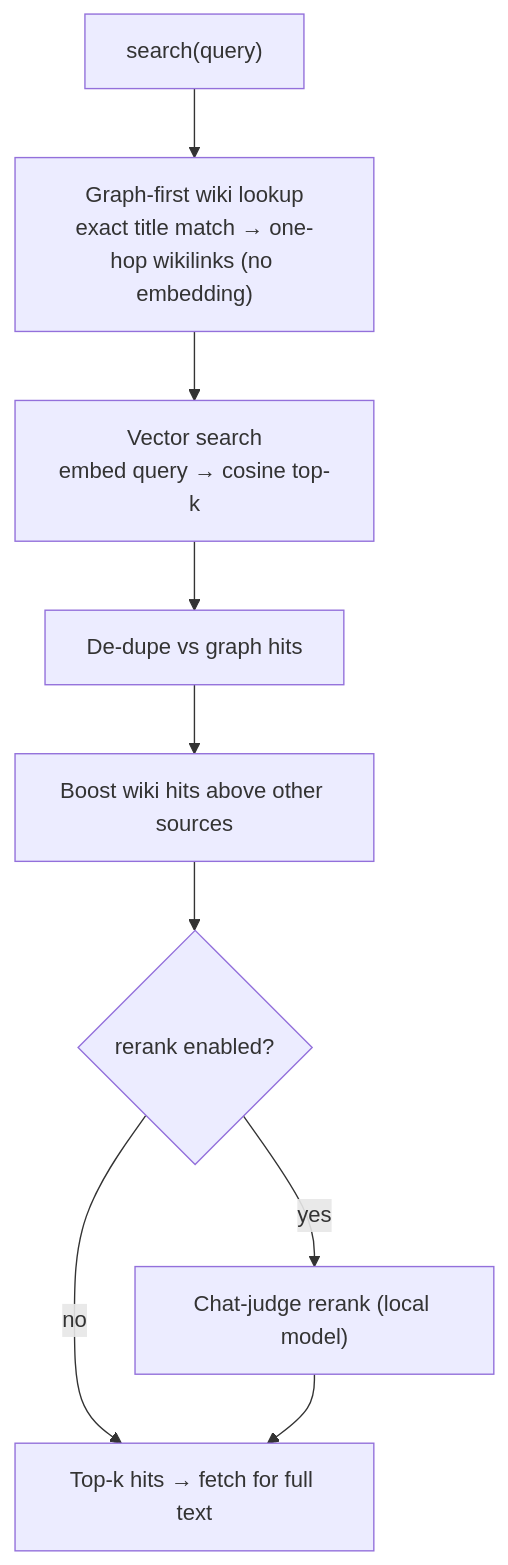
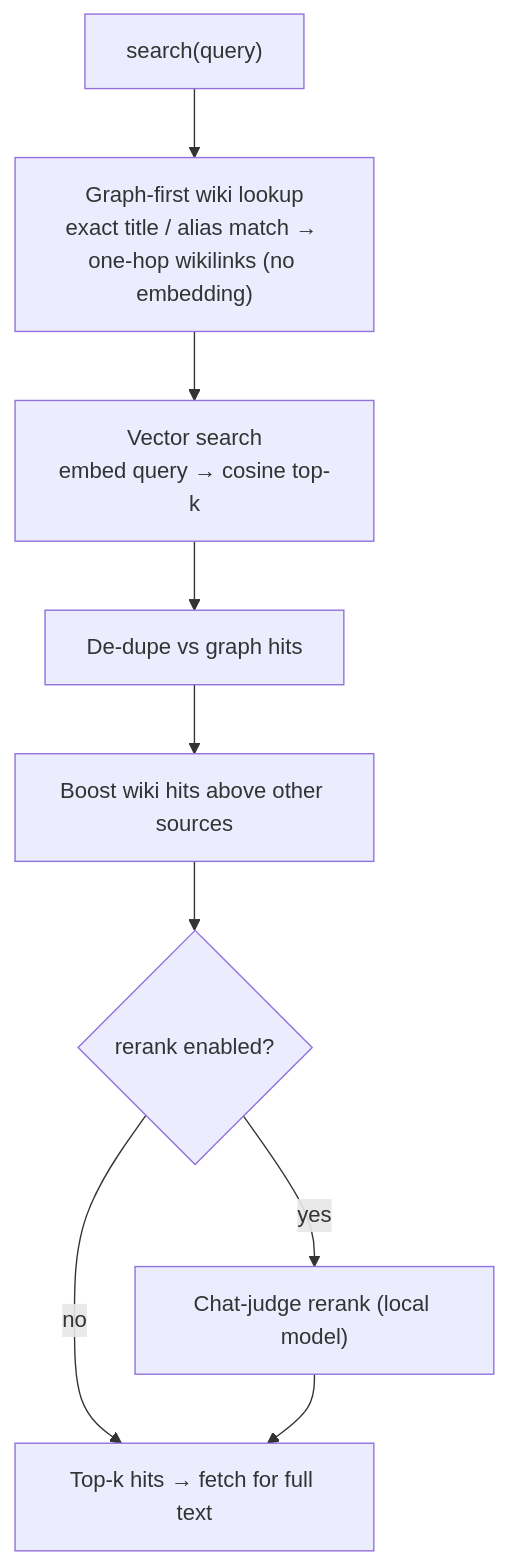
The second of 2 diagrams in docs/wiki/concepts/Knowledge Base.md (PliableSoftware/golem), drawn with Mermaid before and after one commit. The commit also changed other lines of this file and 6 other files, not shown here.

Commit message:
feat(knowledge): graph-first lookup matches page aliases; fetch serves memory hits and refuses crafted ids (DUST2.15)

````diff
--- a/docs/wiki/concepts/Knowledge Base.md
+++ b/docs/wiki/concepts/Knowledge Base.md
@@ -56,11 +56,11 @@
 ```mermaid
 flowchart TB
-  Q["search(query)"] --> GF["Graph-first wiki lookup<br/>exact title match → one-hop wikilinks (no embedding)"]
+  Q["search(query)"] --> GF["Graph-first wiki lookup<br/>exact title / alias match → one-hop wikilinks (no embedding)"]
   GF --> VEC["Vector search<br/>embed query → cosine top-k"]
   VEC --> DEDUP["De-dupe vs graph hits"]
   DEDUP --> BOOST["Boost wiki hits above other sources"]
   BOOST --> RR{"rerank enabled?"}
   RR -->|"yes"| JUDGE["Chat-judge rerank (local model)"]
   RR -->|"no"| OUT["Top-k hits → fetch for full text"]
   JUDGE --> OUT
 ```
````
